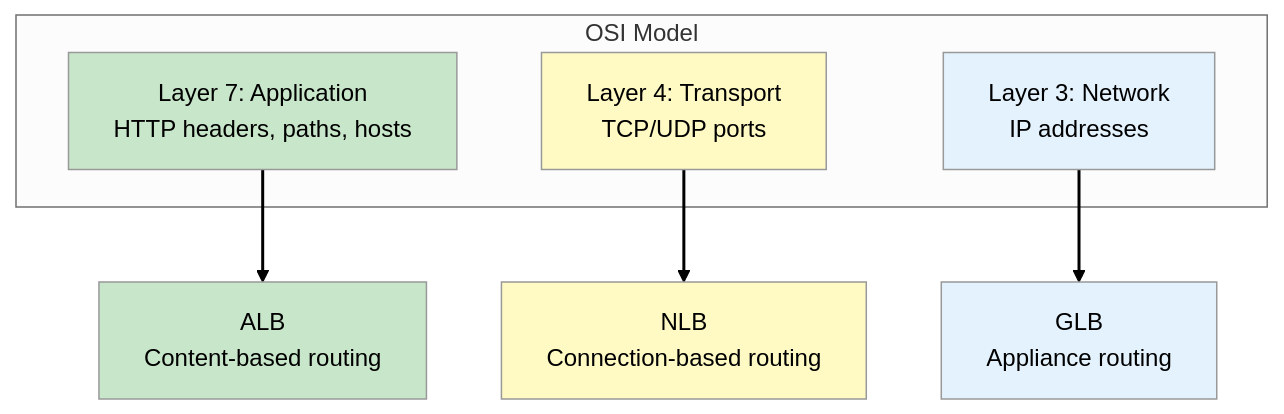
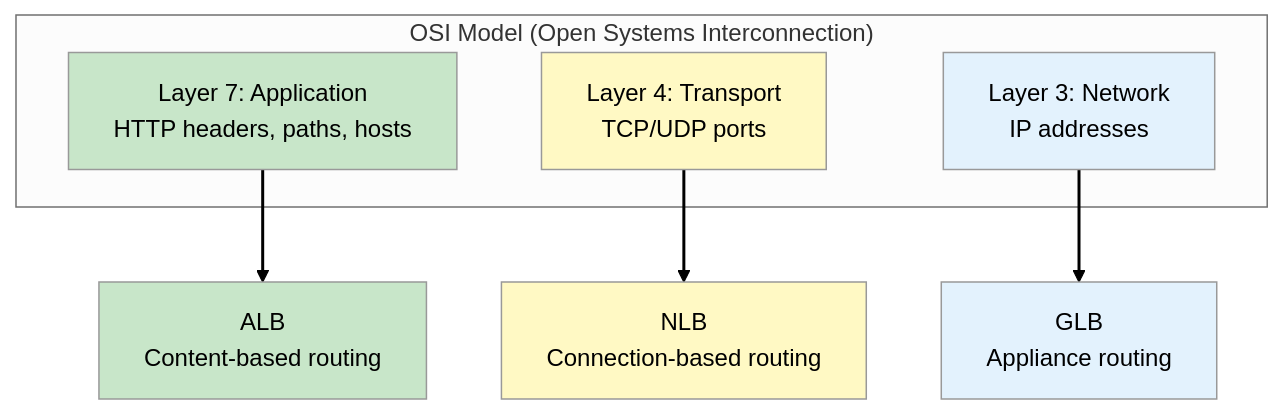
Before and after one commit to benjaminhonorio/aws-architecting: the second of 17 diagrams in docs/scenarios/techbooks/phases/phase-4-auto-scaling.md, drawn with Mermaid (neutral theme). The commit also changed other lines of this file and 5 other files, not shown here.

````diff
--- a/docs/scenarios/techbooks/phases/phase-4-auto-scaling.md
+++ b/docs/scenarios/techbooks/phases/phase-4-auto-scaling.md
@@ -92,20 +95,20 @@
 ```mermaid
 flowchart TB
-    subgraph OSI["OSI Model"]
+    subgraph OSI["OSI Model (Open Systems Interconnection)"]
         L7["Layer 7: Application<br>HTTP headers, paths, hosts"]
         L4["Layer 4: Transport<br>TCP/UDP ports"]
         L3["Layer 3: Network<br>IP addresses"]
     end
 
     L7 --> ALB["ALB<br>Content-based routing"]
     L4 --> NLB["NLB<br>Connection-based routing"]
     L3 --> GLB["GLB<br>Appliance routing"]
 
     style L7 fill:#c8e6c9,color:#000
     style L4 fill:#fff9c4,color:#000
     style L3 fill:#e3f2fd,color:#000
     style ALB fill:#c8e6c9,color:#000
     style NLB fill:#fff9c4,color:#000
     style GLB fill:#e3f2fd,color:#000
     linkStyle default stroke:#000,stroke-width:2px
 ```
````
